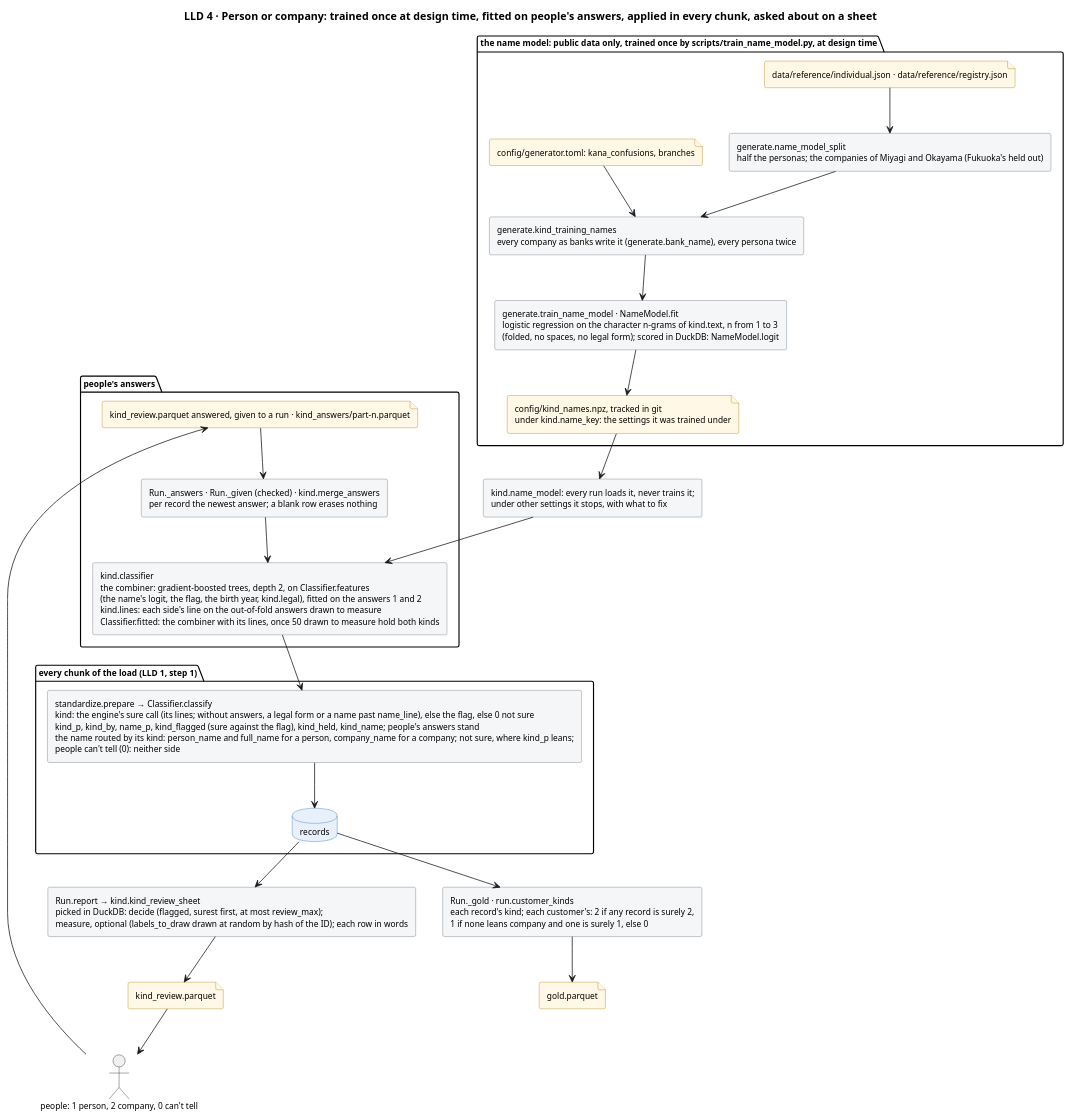
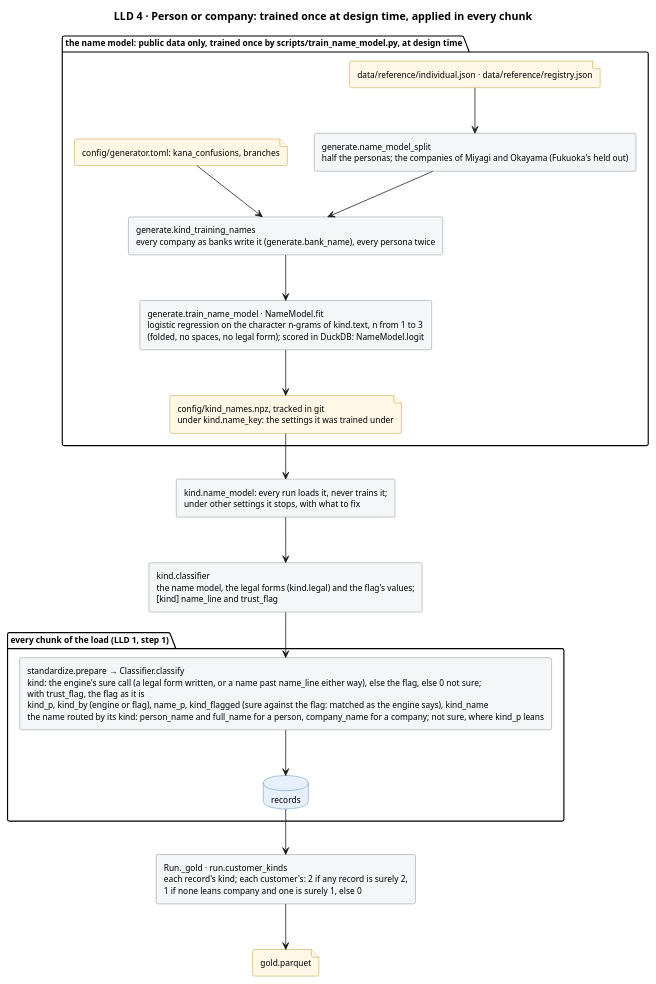
The diagram in docs/diagrams/kind.puml (mvsbm/entity_matching), drawn with PlantUML before and after one commit. The commit also changed 41 other files, not shown here.

First line of the commit message:
A record's kind is the engine's own rule: a written legal form, a name the model is sure of, else the file's flag; people's person/company answers, the combiner fitted on them and the kind review sheet go

```diff
--- a/docs/diagrams/kind.puml
+++ b/docs/diagrams/kind.puml
@@ -1,61 +1,48 @@
 @startuml kind
-title LLD 4 · Person or company: trained once at design time, fitted on people's answers, applied in every chunk, asked about on a sheet
+title LLD 4 · Person or company: trained once at design time, applied in every chunk
 skinparam defaultFontSize 11
 skinparam rectangle {
   BackgroundColor #F4F6F8
   BorderColor #65717E
 }
 skinparam database {
   BackgroundColor #E8F1FB
   BorderColor #2C6DB3
 }
 skinparam file {
   BackgroundColor #FFF8E6
   BorderColor #B07D00
 }
 
 package "the name model: public data only, trained once by scripts/train_name_model.py, at design time" {
   file "data/reference/individual.json · data/reference/registry.json" as f_ref
   file "config/generator.toml: kana_confusions, branches" as f_gen
   rectangle "generate.name_model_split\nhalf the personas; the companies of Miyagi and Okayama (Fukuoka's held out)" as split
   rectangle "generate.kind_training_names\nevery company as banks write it (generate.bank_name), every persona twice" as names
   rectangle "generate.train_name_model · NameModel.fit\nlogistic regression on the character n-grams of kind.text, n from 1 to 3\n(folded, no spaces, no legal form); scored in DuckDB: NameModel.logit" as model
   file "config/kind_names.npz, tracked in git\nunder kind.name_key: the settings it was trained under" as f_cache
 }
 rectangle "kind.name_model: every run loads it, never trains it;\nunder other settings it stops, with what to fix" as load
 
-package "people's answers" {
-  file "kind_review.parquet answered, given to a run · kind_answers/part-n.parquet" as f_answers
-  rectangle "Run._answers · Run._given (checked) · kind.merge_answers\nper record the newest answer; a blank row erases nothing" as merge
-  rectangle "kind.classifier\nthe combiner: gradient-boosted trees, depth 2, on Classifier.features\n(the name's logit, the flag, the birth year, kind.legal), fitted on the answers 1 and 2\nkind.lines: each side's line on the out-of-fold answers drawn to measure\nClassifier.fitted: the combiner with its lines, once 50 drawn to measure hold both kinds" as fit
-}
+rectangle "kind.classifier\nthe name model, the legal forms (kind.legal) and the flag's values;\n[kind] name_line and trust_flag" as fit
 
 package "every chunk of the load (LLD 1, step 1)" {
-  rectangle "standardize.prepare → Classifier.classify\nkind: the engine's sure call (its lines; without answers, a legal form or a name past name_line), else the flag, else 0 not sure\nkind_p, kind_by, name_p, kind_flagged (sure against the flag), kind_held, kind_name; people's answers stand\nthe name routed by its kind: person_name and full_name for a person, company_name for a company; not sure, where kind_p leans;\npeople can't tell (0): neither side" as classify
+  rectangle "standardize.prepare → Classifier.classify\nkind: the engine's sure call (a legal form written, or a name past name_line either way), else the flag, else 0 not sure;\nwith trust_flag, the flag as it is\nkind_p, kind_by (engine or flag), name_p, kind_flagged (sure against the flag: matched as the engine says), kind_name\nthe name routed by its kind: person_name and full_name for a person, company_name for a company; not sure, where kind_p leans" as classify
   database "records" as records
 }
 
 rectangle "Run._gold · run.customer_kinds\neach record's kind; each customer's: 2 if any record is surely 2,\n1 if none leans company and one is surely 1, else 0" as gold
 file "gold.parquet" as f_gold
-rectangle "Run.report → kind.kind_review_sheet\npicked in DuckDB: decide (flagged, surest first, at most review_max);\nmeasure, optional (labels_to_draw drawn at random by hash of the ID); each row in words" as sheet
-file "kind_review.parquet" as f_sheet
-actor "people: 1 person, 2 company, 0 can't tell" as people
 
 f_ref --> split
 split --> names
 f_gen --> names
 names --> model
 model --> f_cache
 f_cache --> load
 load --> fit
-f_answers --> merge
-merge --> fit
 fit --> classify
 classify --> records
 records --> gold
 gold --> f_gold
-records --> sheet
-sheet --> f_sheet
-f_sheet --> people
-people --> f_answers
 @enduml
```
